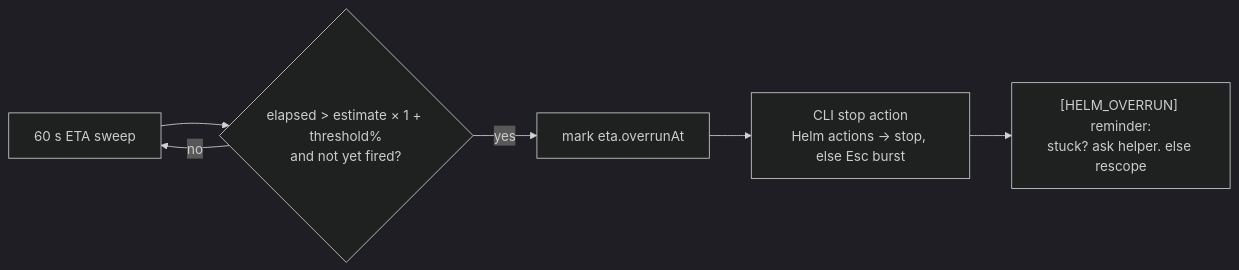
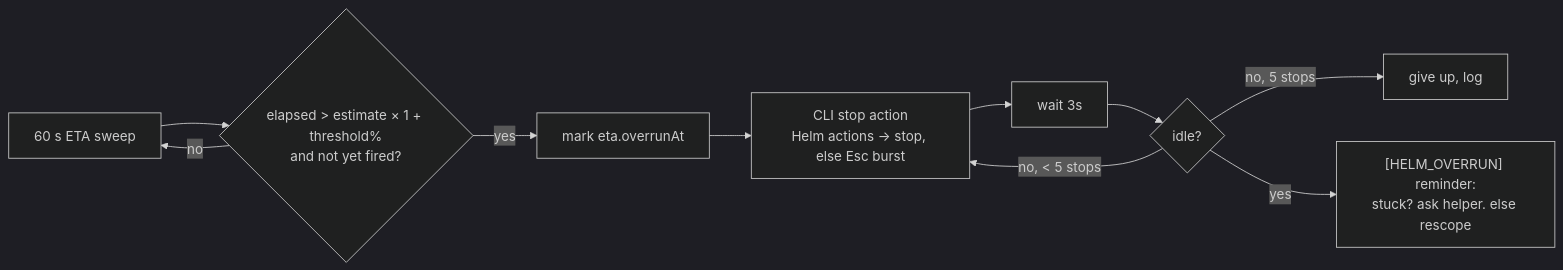
Before and after one commit to PetePeter/helm: the second of 2 diagrams in docs/session-eta.md, drawn with Mermaid (dark theme). The commit also changed other lines of this file and 3 other files, not shown here.

First line of the commit message:
fix: overrun watchdog stops until idle before nudging

````diff
--- a/docs/session-eta.md
+++ b/docs/session-eta.md
@@ -83,7 +83,10 @@
 ```mermaid
 flowchart LR
   T[60 s ETA sweep] --> C{elapsed &gt; estimate × 1 + threshold%<br/>and not yet fired?}
   C -- no --> T
   C -- yes --> M[mark eta.overrunAt] --> S[CLI stop action<br/>Helm actions → stop, else Esc burst]
-  S --> N["[HELM_OVERRUN] reminder:<br/>stuck? ask helper. else rescope"]
+  S --> W[wait 3s] --> I{idle?}
+  I -- "no, < 5 stops" --> S
+  I -- "no, 5 stops" --> G[give up, log]
+  I -- yes --> N["[HELM_OVERRUN] reminder:<br/>stuck? ask helper. else rescope"]
 ```
````
